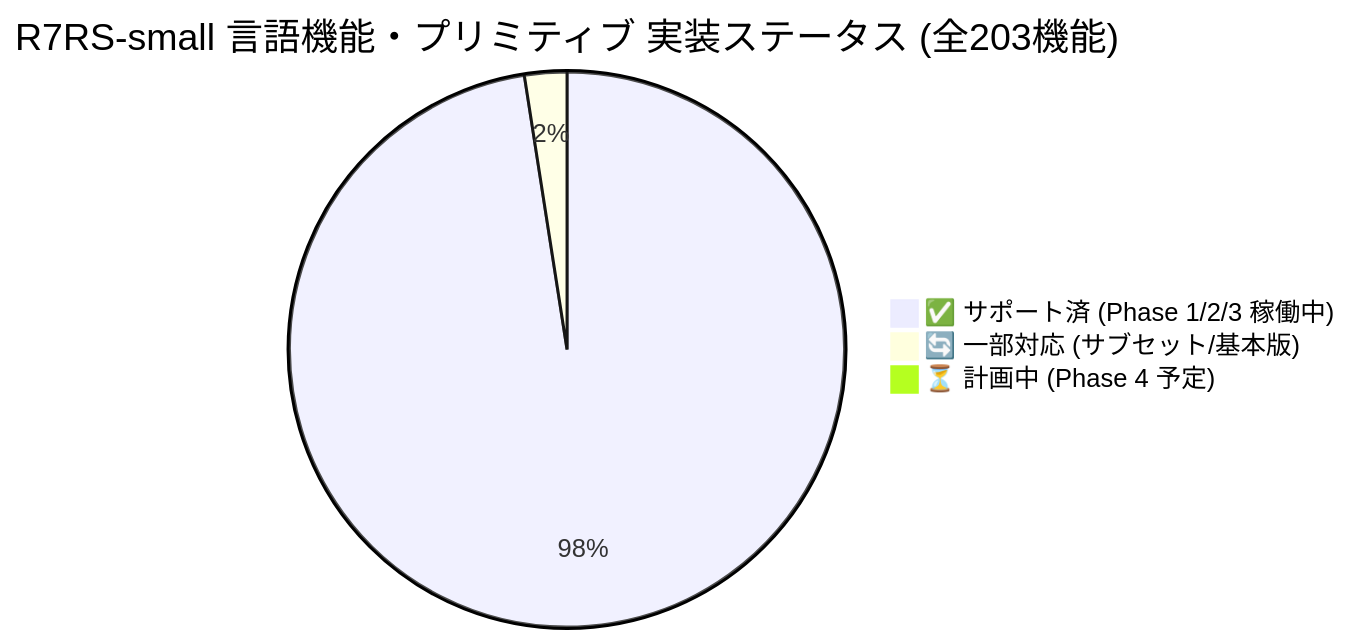
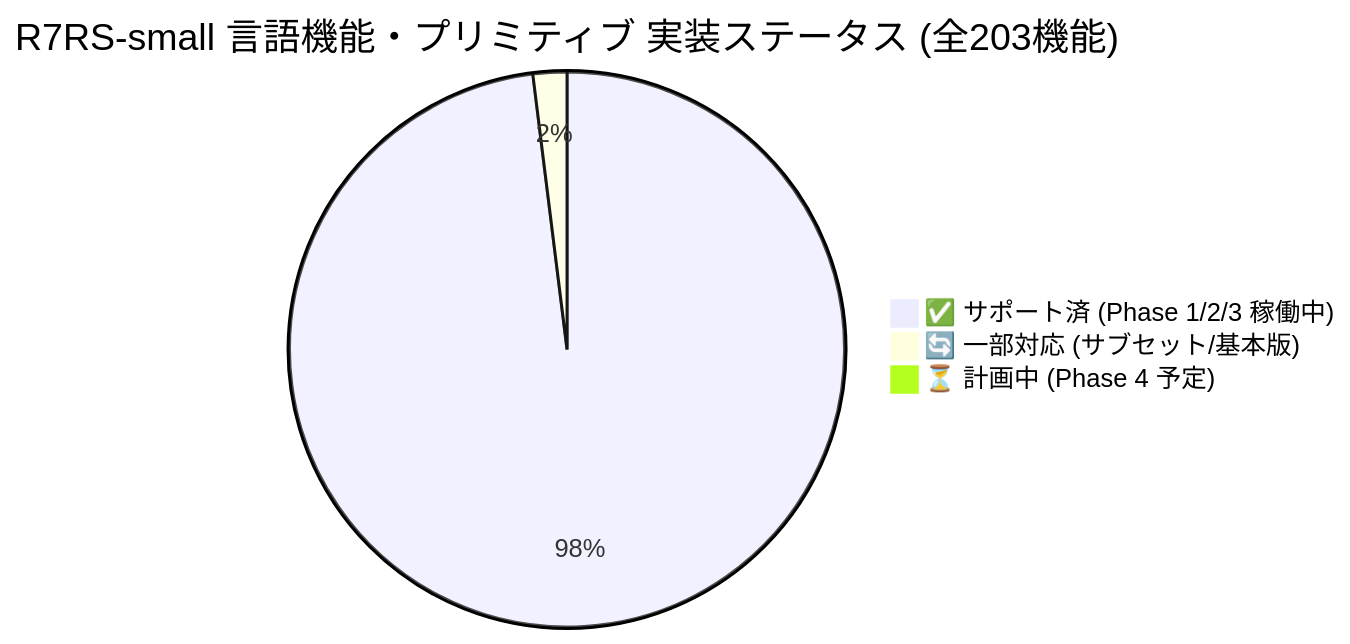
Before and after one commit to rokujyouhitoma/arxiv-security-papers: the first of 3 diagrams in ilisp/docs/SPEC_R7RS.md, drawn with Mermaid. The commit also changed other lines of this file and 8 other files, not shown here.

````diff
--- a/ilisp/docs/SPEC_R7RS.md
+++ b/ilisp/docs/SPEC_R7RS.md
@@ -17,6 +17,6 @@
 ```mermaid
 pie title R7RS-small 言語機能・プリミティブ 実装ステータス (全203機能)
-    "✅ サポート済 (Phase 1/2/3 稼働中)" : 198
-    "🔄 一部対応 (サブセット/基本版)" : 5
+    "✅ サポート済 (Phase 1/2/3 稼働中)" : 199
+    "🔄 一部対応 (サブセット/基本版)" : 4
     "⏳ 計画中 (Phase 4 予定)" : 0
 ```
````
